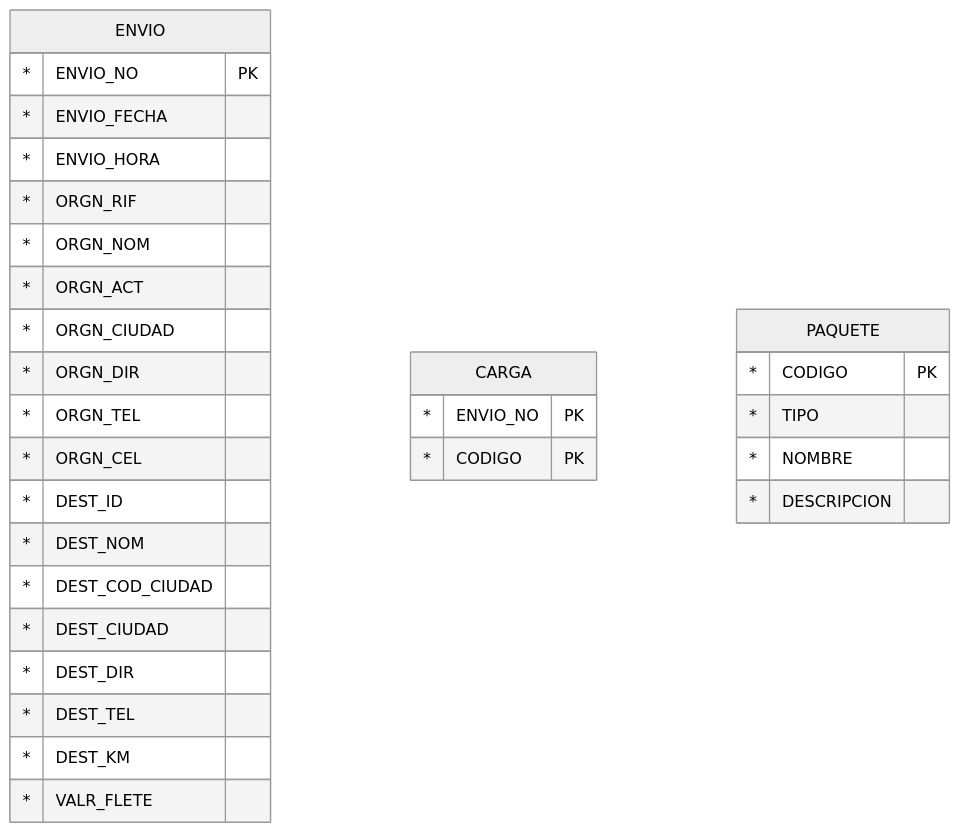
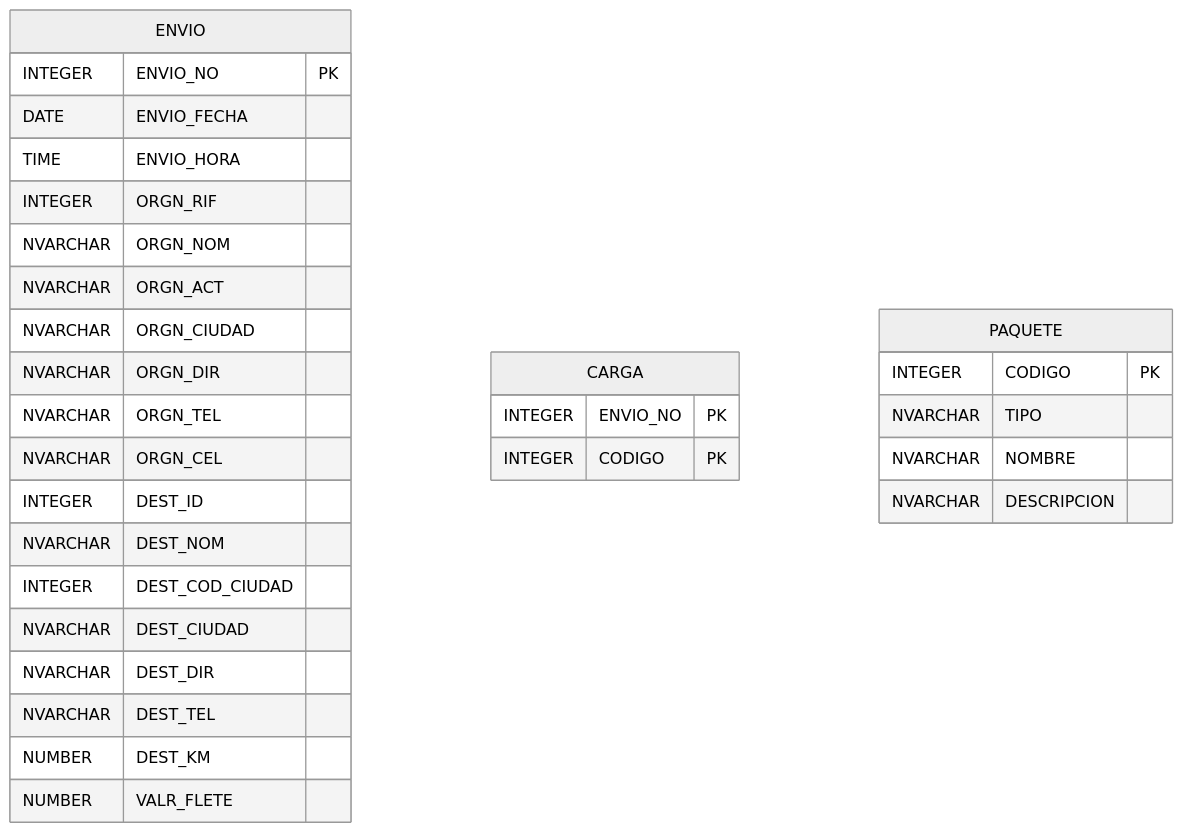
The third of 4 diagrams in materias/base-datos/tps/TP4-normalizacion.md (ppandomail/data), drawn with Mermaid (neutral theme) before and after one commit. The commit also changed other lines of this file and 1 other file, not shown here.

````diff
--- a/materias/base-datos/tps/TP4-normalizacion.md
+++ b/materias/base-datos/tps/TP4-normalizacion.md
@@ -64,35 +64,35 @@
 ```mermaid
 erDiagram
     ENVIO {
-        * ENVIO_NO PK
-        * ENVIO_FECHA
-        * ENVIO_HORA
-        * ORGN_RIF
-        * ORGN_NOM
-        * ORGN_ACT
-        * ORGN_CIUDAD
-        * ORGN_DIR
-        * ORGN_TEL
-        * ORGN_CEL
-        * DEST_ID
-        * DEST_NOM
-        * DEST_COD_CIUDAD
-        * DEST_CIUDAD
-        * DEST_DIR
-        * DEST_TEL
-        * DEST_KM 
-        * VALR_FLETE 
+        INTEGER  ENVIO_NO PK
+        DATE     ENVIO_FECHA
+        TIME     ENVIO_HORA
+        INTEGER  ORGN_RIF
+        NVARCHAR ORGN_NOM
+        NVARCHAR ORGN_ACT
+        NVARCHAR ORGN_CIUDAD
+        NVARCHAR ORGN_DIR
+        NVARCHAR ORGN_TEL
+        NVARCHAR ORGN_CEL
+        INTEGER  DEST_ID
+        NVARCHAR DEST_NOM
+        INTEGER  DEST_COD_CIUDAD
+        NVARCHAR DEST_CIUDAD
+        NVARCHAR DEST_DIR
+        NVARCHAR DEST_TEL
+        NUMBER   DEST_KM 
+        NUMBER   VALR_FLETE 
     }
 
     CARGA {
-        * ENVIO_NO PK
-        * CODIGO PK
+        INTEGER ENVIO_NO PK
+        INTEGER CODIGO PK
     }
 
     PAQUETE {
-        * CODIGO PK
-        * TIPO
-        * NOMBRE
-        * DESCRIPCION
+        INTEGER  CODIGO PK
+        NVARCHAR TIPO
+        NVARCHAR NOMBRE
+        NVARCHAR DESCRIPCION
     }
 ```
````
